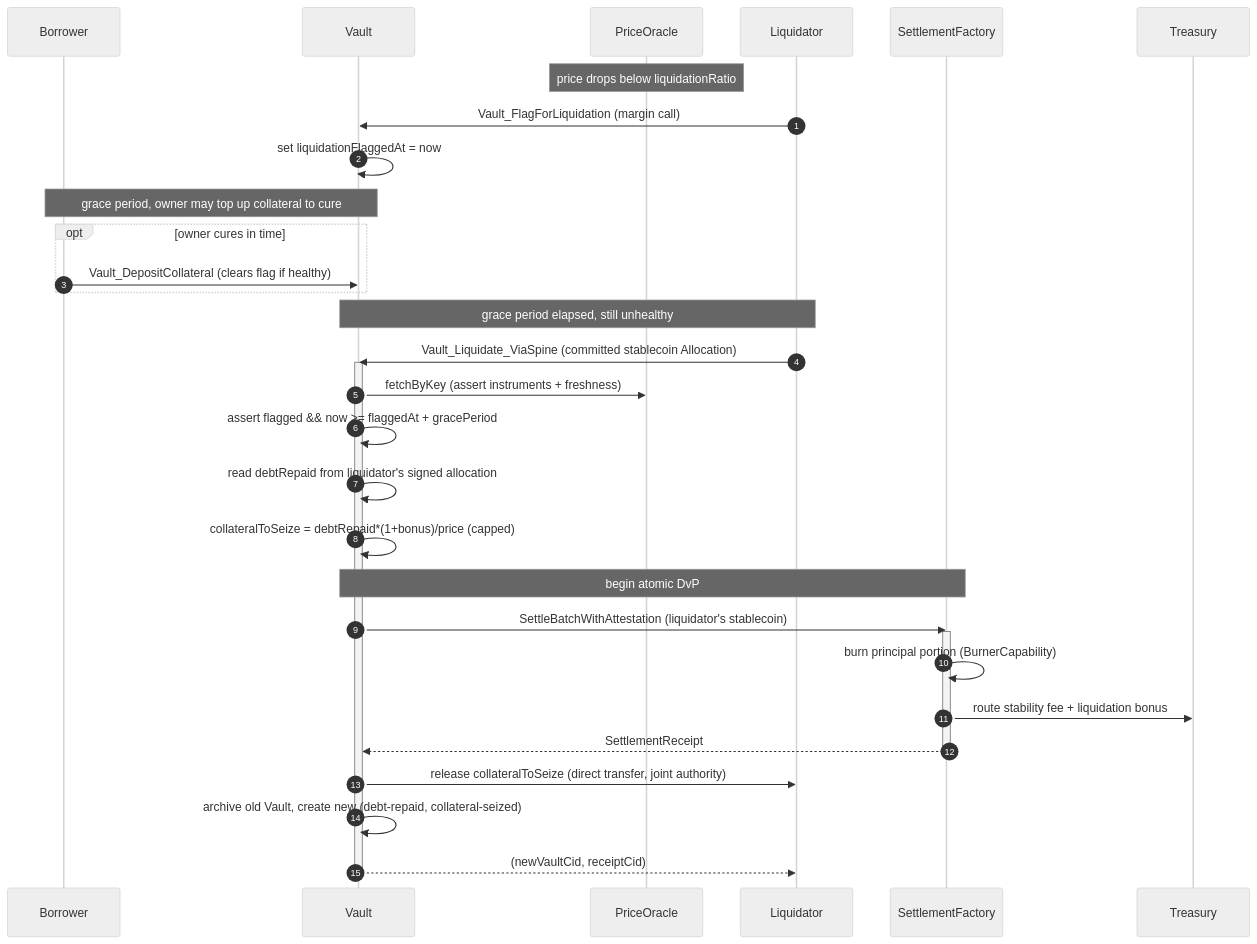
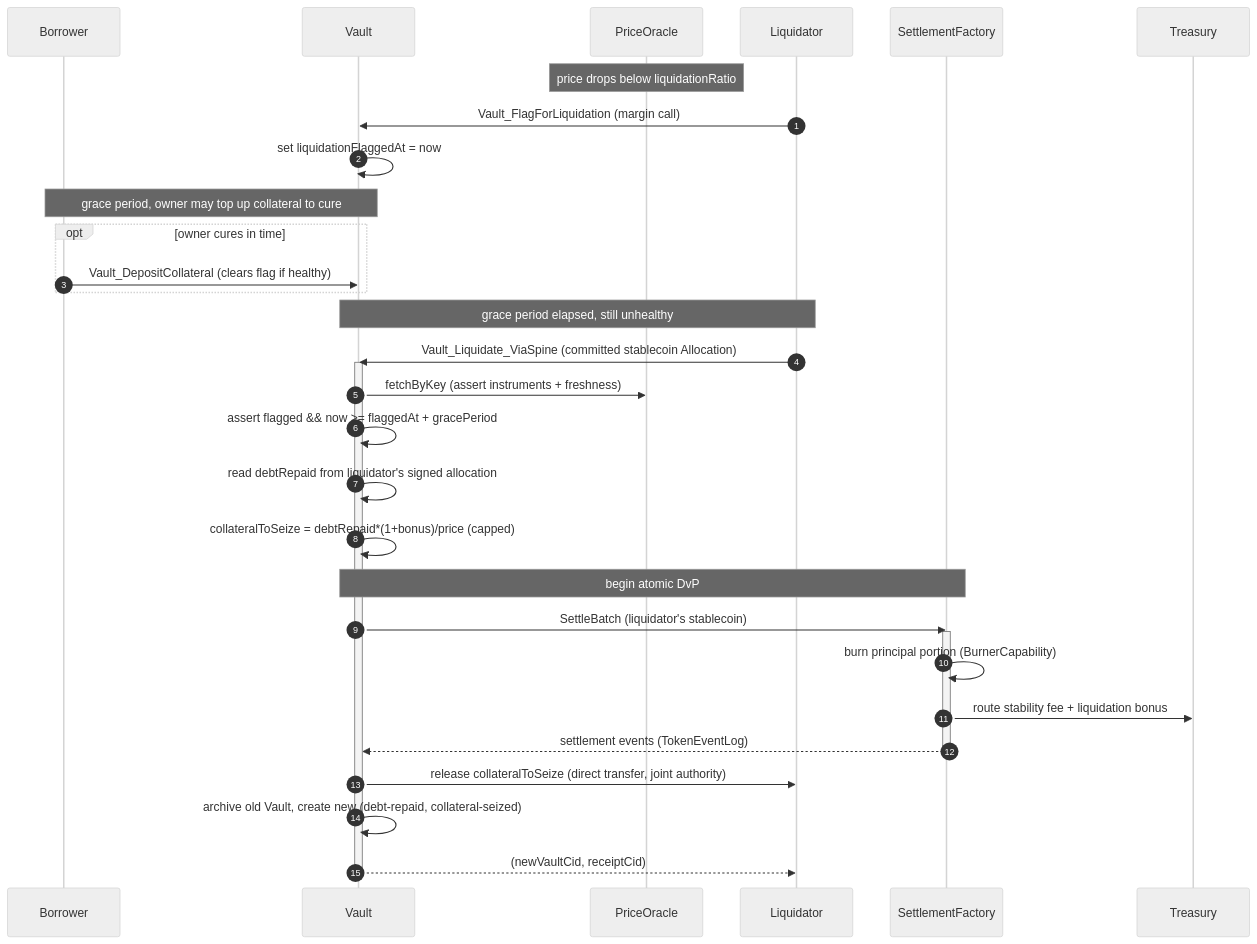
Before and after one commit to OpenZeppelin/canton-specs: the fifth of 5 diagrams in docs/reference-architectures/lending.md, drawn with Mermaid (neutral theme). The commit also changed other lines of this file and 4 other files, not shown here.

Commit message:
Adjust all Reference Implementations to the new settlement links. Align Lending, Cross-Chain Stablecoin and Confidential Auction to the second round of feedback.  (#78)

````diff
--- a/docs/reference-architectures/lending.md
+++ b/docs/reference-architectures/lending.md
@@ -260,36 +260,36 @@
 ```mermaid
 sequenceDiagram
     autonumber
     participant B as Borrower
     participant V as Vault
     participant O as PriceOracle
     participant L as Liquidator
     participant SF as SettlementFactory
     participant T as Treasury
 
     note over O: price drops below liquidationRatio
     L->>V: Vault_FlagForLiquidation (margin call)
     V->>V: set liquidationFlaggedAt = now
     note over B,V: grace period, owner may top up collateral to cure
     opt owner cures in time
         B->>V: Vault_DepositCollateral (clears flag if healthy)
     end
     note over L,V: grace period elapsed, still unhealthy
     L->>V: Vault_Liquidate_ViaSpine (committed stablecoin Allocation)
     activate V
     V->>O: fetchByKey (assert instruments + freshness)
     V->>V: assert flagged && now >= flaggedAt + gracePeriod
     V->>V: read debtRepaid from liquidator's signed allocation
     V->>V: collateralToSeize = debtRepaid*(1+bonus)/price (capped)
     note over V,SF: begin atomic DvP
-    V->>SF: SettleBatchWithAttestation (liquidator's stablecoin)
+    V->>SF: SettleBatch (liquidator's stablecoin)
     activate SF
     SF->>SF: burn principal portion (BurnerCapability)
     SF->>T: route stability fee + liquidation bonus
-    SF-->>V: SettlementReceipt
+    SF-->>V: settlement events (TokenEventLog)
     deactivate SF
     V->>L: release collateralToSeize (direct transfer, joint authority)
     V->>V: archive old Vault, create new (debt-repaid, collateral-seized)
     V-->>L: (newVaultCid, receiptCid)
     deactivate V
 ```
````
